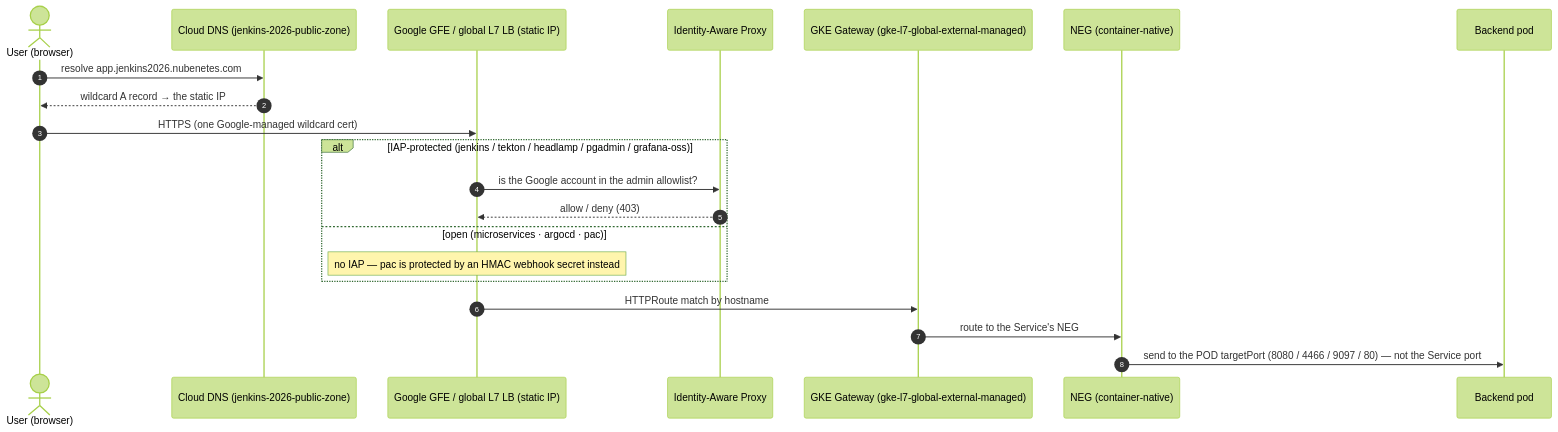
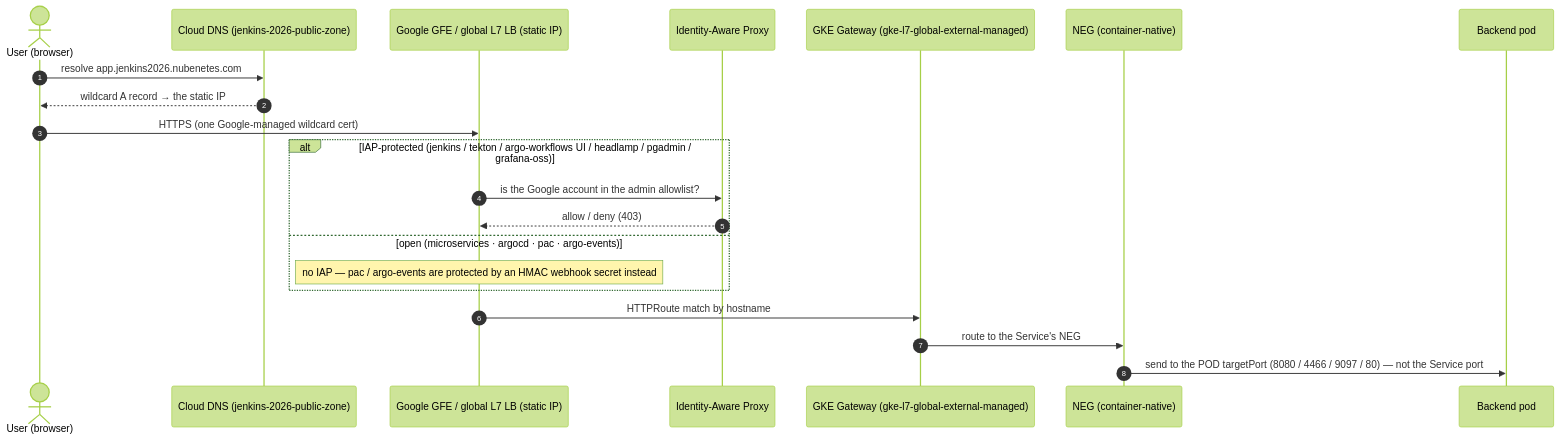
One commit to nubenetes/jenkins-2026 changed the fourth of 8 diagrams in docs/503-NETWORKING.md. Above: the diagram before and after it, drawn with Mermaid (forest theme). The commit also changed other lines of this file and 28 other files, not shown here.

````diff
--- a/docs/503-NETWORKING.md
+++ b/docs/503-NETWORKING.md
@@ -174,24 +174,24 @@
 ```mermaid
 sequenceDiagram
   autonumber
   actor U as User (browser)
   participant DNS as Cloud DNS (jenkins-2026-public-zone)
   participant LB as Google GFE / global L7 LB (static IP)
   participant IAP as Identity-Aware Proxy
   participant GW as GKE Gateway (gke-l7-global-external-managed)
   participant NEG as NEG (container-native)
   participant P as Backend pod
 
   U->>DNS: resolve app.jenkins2026.nubenetes.com
   DNS-->>U: wildcard A record → the static IP
   U->>LB: HTTPS (one Google-managed wildcard cert)
-  alt IAP-protected (jenkins / tekton / headlamp / pgadmin / grafana-oss)
+  alt IAP-protected (jenkins / tekton / argo-workflows UI / headlamp / pgadmin / grafana-oss)
     LB->>IAP: is the Google account in the admin allowlist?
     IAP-->>LB: allow / deny (403)
-  else open (microservices · argocd · pac)
-    note over LB: no IAP — pac is protected by an HMAC webhook secret instead
+  else open (microservices · argocd · pac · argo-events)
+    note over LB: no IAP — pac / argo-events are protected by an HMAC webhook secret instead
   end
   LB->>GW: HTTPRoute match by hostname
   GW->>NEG: route to the Service's NEG
   NEG->>P: send to the POD targetPort (8080 / 4466 / 9097 / 80) — not the Service port
 ```
````
